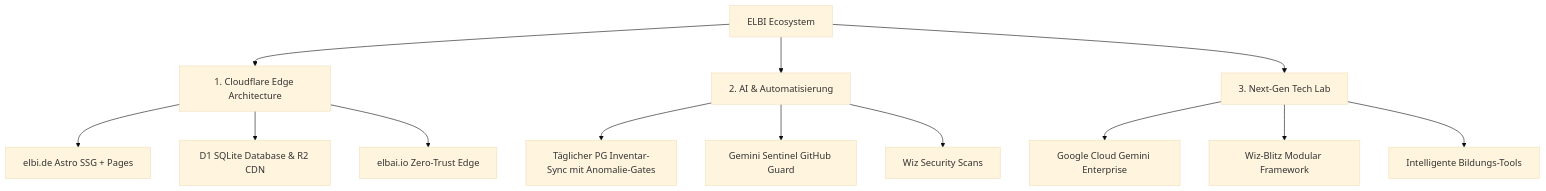
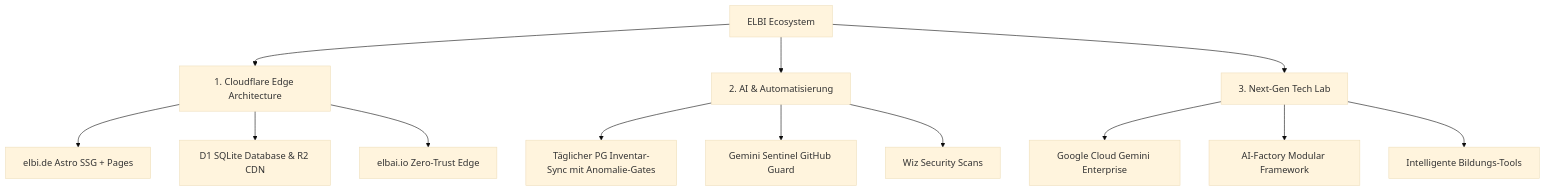
One commit to gomaik-org/elbai.io changed the diagram in docs/index.md. Above: the diagram before and after it, drawn with Mermaid (base theme). The commit also changed other lines of this file and 2 other files, not shown here.

````diff
--- a/docs/index.md
+++ b/docs/index.md
@@ -15,18 +15,18 @@
 ```mermaid
 graph TD
     A[ELBI Ecosystem] --> B[1. Cloudflare Edge Architecture]
     A --> C[2. AI & Automatisierung]
     A --> D[3. Next-Gen Tech Lab]
 
     B --> B1[elbi.de Astro SSG + Pages]
     B --> B2[D1 SQLite Database & R2 CDN]
     B --> B3[elbai.io Zero-Trust Edge]
 
     C --> C1[Täglicher PG Inventar-Sync mit Anomalie-Gates]
     C --> C2[Gemini Sentinel GitHub Guard]
     C --> C3[Wiz Security Scans]
 
     D --> D1[Google Cloud Gemini Enterprise]
-    D --> D2[Wiz-Blitz Modular Framework]
+    D --> D2[AI-Factory Modular Framework]
     D --> D3[Intelligente Bildungs-Tools]
 ```
````
